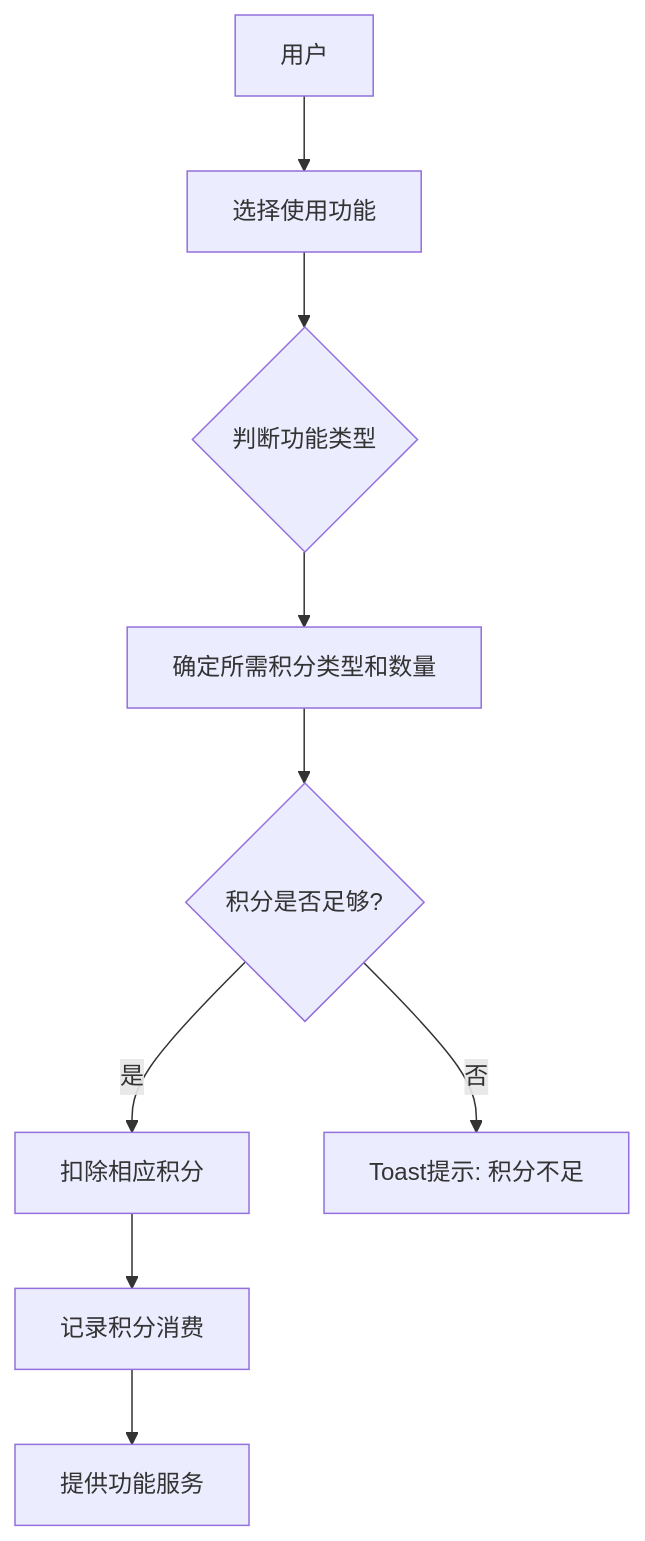
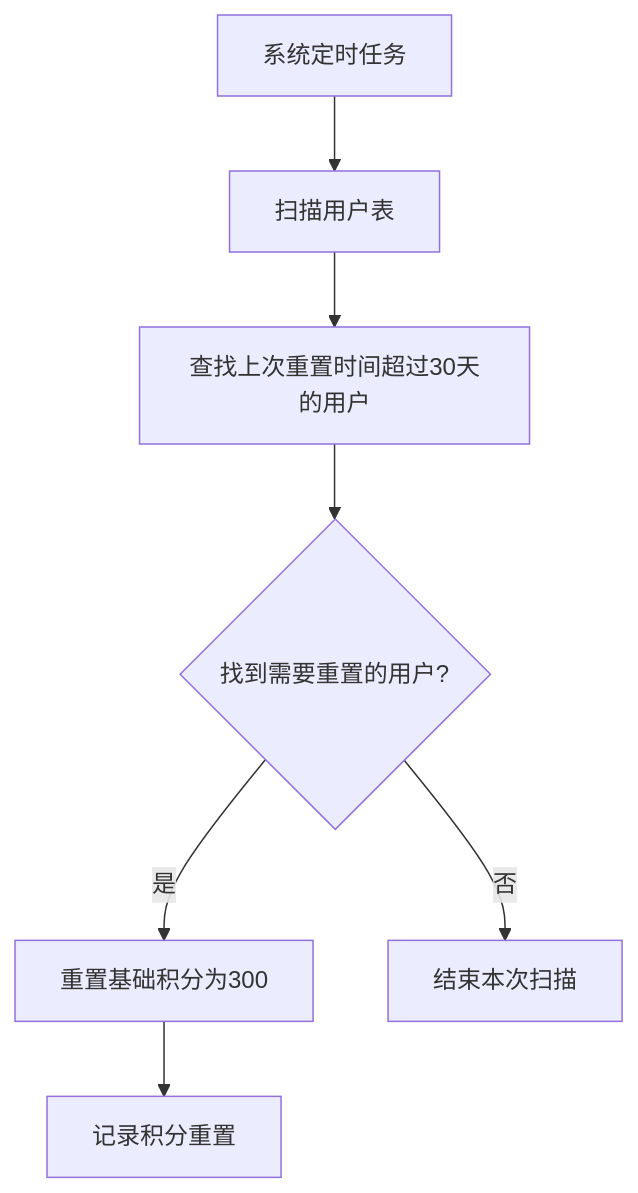
Before and after one commit to yingjianzh/iodraw-files: the diagram in all/未命名-65.md, drawn with Mermaid.

Commit message:
2025-05-22 14:06:23 update

````diff
--- a/all/未命名-65.md
+++ b/all/未命名-65.md
@@ -1,11 +1,9 @@
 ```mermaid
 flowchart TD
-    A[用户] --> B[选择使用功能]
-    B --> C{判断功能类型}
-    C --> D[确定所需积分类型和数量]
-    D --> E{积分是否足够?}
-    E -->|是| F[扣除相应积分]
-    F --> G[记录积分消费]
-    G --> H[提供功能服务]
-    E -->|否| I[Toast提示: 积分不足]
+    A[系统定时任务] --> B[扫描用户表]
+    B --> C[查找上次重置时间超过30天的用户]
+    C --> D{找到需要重置的用户?}
+    D -->|是| E[重置基础积分为300]
+    E --> F[记录积分重置]
+    D -->|否| G[结束本次扫描]
 ```
````
